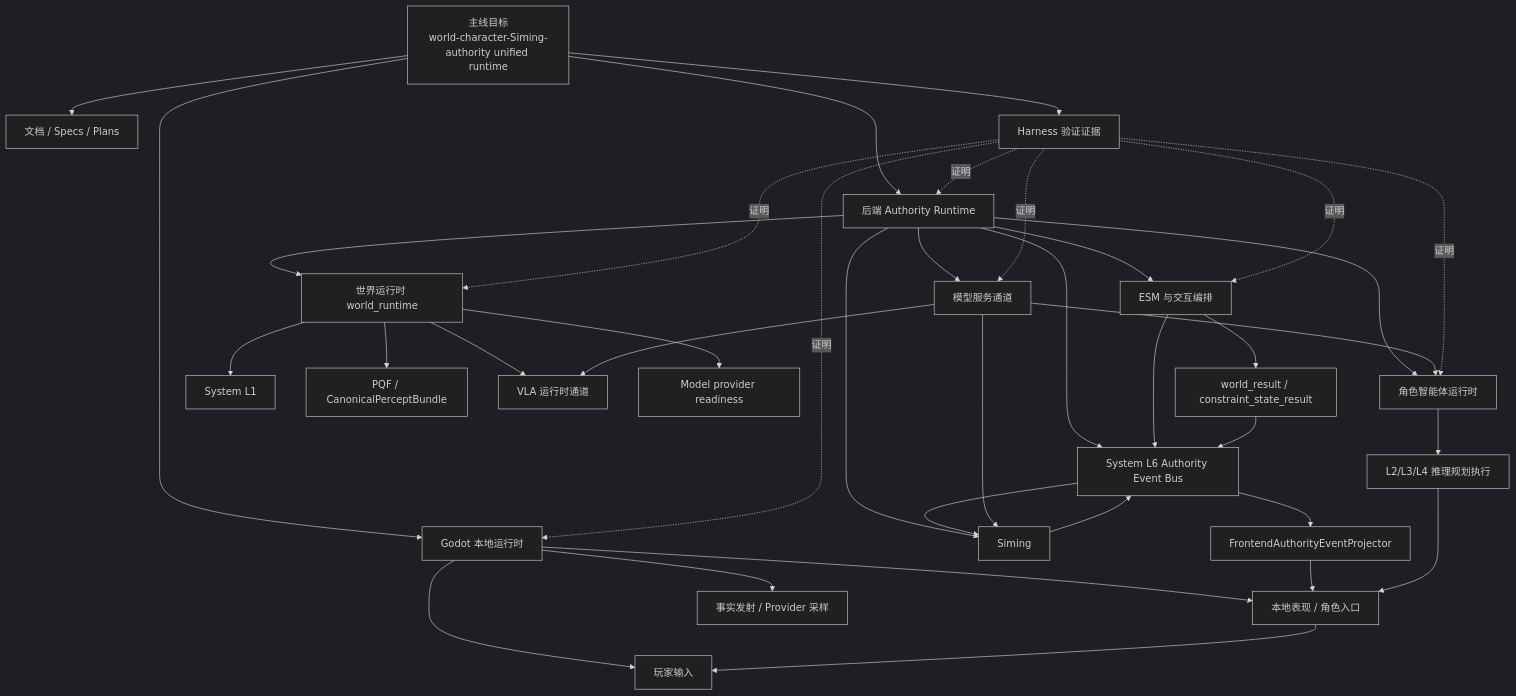
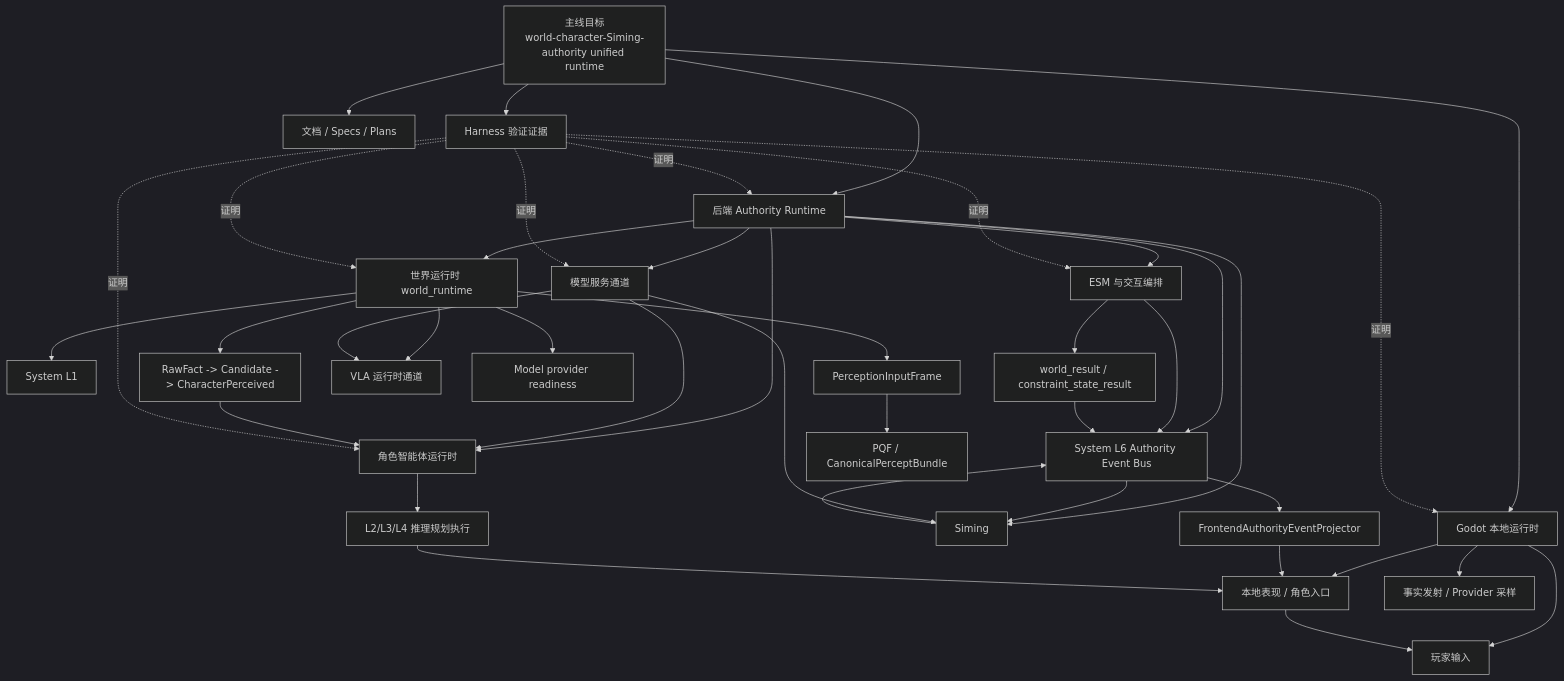
Before and after one commit to Dancing-coin/Paralls-phase0-1: the first of 3 diagrams in docs/架构/整体架构.md, drawn with Mermaid (dark theme). The commit also changed other lines of this file and 2 other files, not shown here.

````diff
--- a/docs/架构/整体架构.md
+++ b/docs/架构/整体架构.md
@@ -133,47 +137,50 @@
 ```mermaid
 flowchart TD
     Product[主线目标<br/>world-character-Siming-authority unified runtime]
 
     Product --> Godot[Godot 本地运行时]
     Product --> Backend[后端 Authority Runtime]
     Product --> Docs[文档 / Specs / Plans]
     Product --> Harness[Harness 验证证据]
 
     Godot --> Player[玩家输入]
     Godot --> Presentation[本地表现 / 角色入口]
     Godot --> Providers[事实发射 / Provider 采样]
 
     Backend --> WorldRuntime[世界运行时 world_runtime]
     Backend --> Character[角色智能体运行时]
     Backend --> ESM[ESM 与交互编排]
     Backend --> L6[System L6 Authority Event Bus]
     Backend --> Siming[Siming]
     Backend --> Model[模型服务通道]
 
     WorldRuntime --> L1[System L1]
-    WorldRuntime --> PQF[PQF / CanonicalPerceptBundle]
+    WorldRuntime --> FactChain[RawFact -> Candidate -> CharacterPerceived]
+    WorldRuntime --> InputAlign[PerceptionInputFrame]
+    InputAlign --> PQF[PQF / CanonicalPerceptBundle]
     WorldRuntime --> VLA[VLA 运行时通道]
     WorldRuntime --> Readiness[Model provider readiness]
 
     Character --> L2L3L4[L2/L3/L4 推理规划执行]
     ESM --> Settlement[world_result / constraint_state_result]
     ESM --> L6
     L6 --> Siming
     Siming --> L6
     L6 --> Projection[FrontendAuthorityEventProjector]
     Model --> Character
     Model --> Siming
     Model --> VLA
 
+    FactChain --> Character
     Presentation --> Player
     Settlement --> L6
     Projection --> Presentation
     L2L3L4 --> Presentation
 
     Harness -. 证明 .-> Godot
     Harness -. 证明 .-> Backend
     Harness -. 证明 .-> WorldRuntime
     Harness -. 证明 .-> Character
     Harness -. 证明 .-> ESM
     Harness -. 证明 .-> Model
 ```
````
